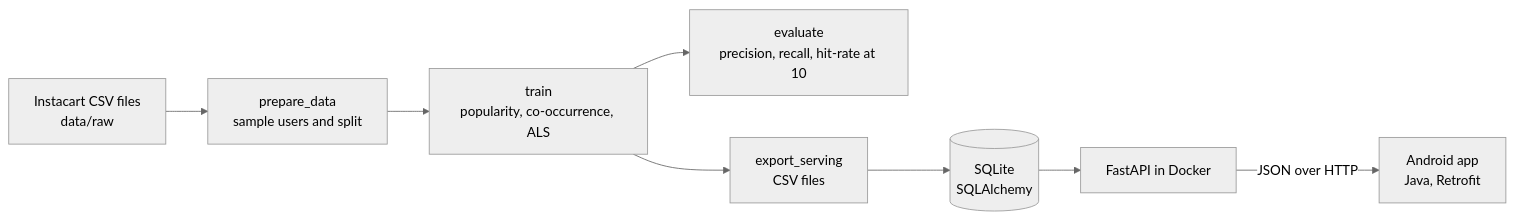
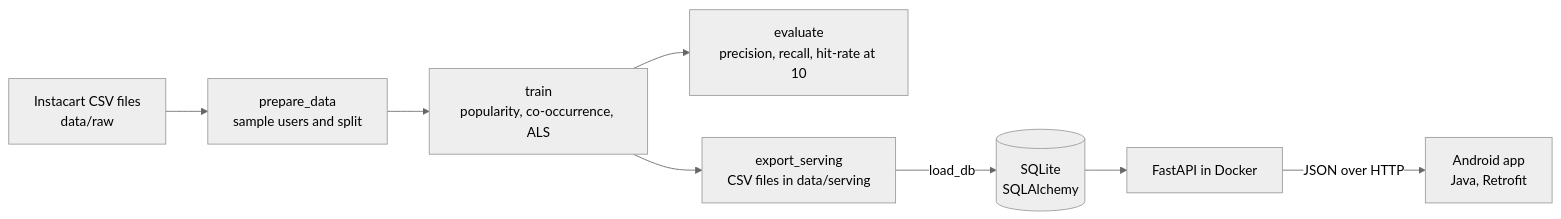
One commit to RaedGasmi/SmartBasket changed the diagram in README.md. Above: the diagram before and after it, drawn with Mermaid (neutral theme). The commit also changed other lines of this file, not shown here.

Commit message:
docs: finalize README with run commands and serving strategies

````diff
--- a/README.md
+++ b/README.md
@@ -19,10 +19,10 @@
 ```mermaid
 flowchart LR
     A[Instacart CSV files<br/>data/raw] --> B[prepare_data<br/>sample users and split]
     B --> C[train<br/>popularity, co-occurrence, ALS]
     C --> D[evaluate<br/>precision, recall, hit-rate at 10]
-    C --> E[export_serving<br/>CSV files]
-    E --> F[(SQLite<br/>SQLAlchemy)]
+    C --> E[export_serving<br/>CSV files in data/serving]
+    E -->|load_db| F[(SQLite<br/>SQLAlchemy)]
     F --> G[FastAPI in Docker]
     G -->|JSON over HTTP| H[Android app<br/>Java, Retrofit]
 ```
````
